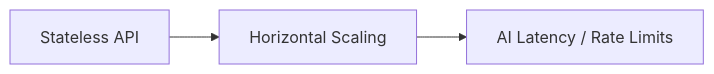
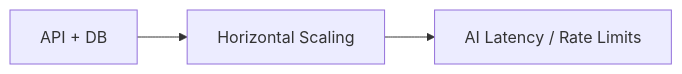
Before and after one commit to Dhrithi432/panw-hackathon-journal-casestudy: the eighth of 9 diagrams in safespace_system_design.md, drawn with Mermaid. The commit also changed other lines of this file and 1 other file, not shown here.

````diff
--- a/safespace_system_design.md
+++ b/safespace_system_design.md
@@ -176,9 +221,9 @@
 ```mermaid
 flowchart LR
-    Stateless[Stateless API]
+    API[API + DB]
     Horizontal[Horizontal Scaling]
     Bottleneck[AI Latency / Rate Limits]
 
-    Stateless --> Horizontal
+    API --> Horizontal
     Horizontal --> Bottleneck
 ```
````
